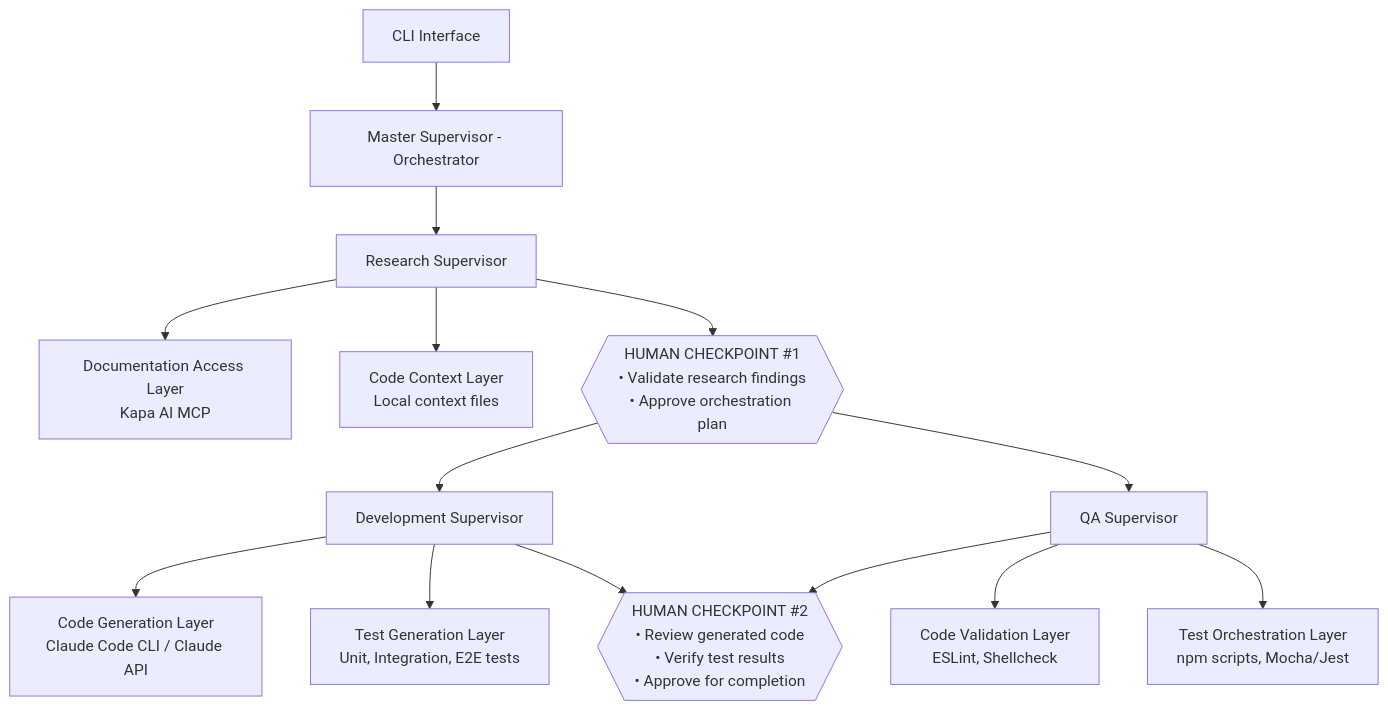
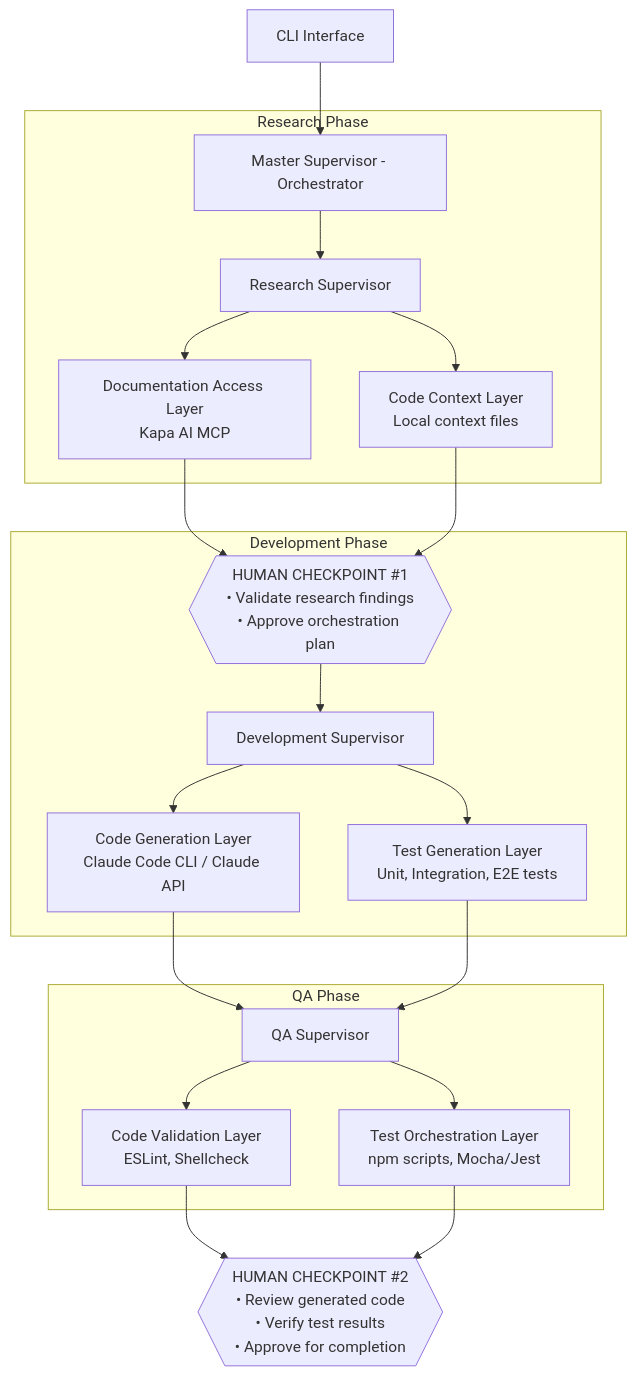
One commit to medic/cht-agent changed the diagram in design/CHT Hierarchical Multi-Agent System PoC.md. Above: the diagram before and after it, drawn with Mermaid.

Commit message:
fix architecture diagram workflow

````diff
--- a/design/CHT Hierarchical Multi-Agent System PoC.md
+++ b/design/CHT Hierarchical Multi-Agent System PoC.md
@@ -43,25 +43,30 @@
 ```mermaid
 flowchart TB
     CLI[CLI Interface]
-
     CLI --> Master[Master Supervisor - Orchestrator]
 
-    Master --> Research[Research Supervisor]
-    Research --> DocLayer[Documentation Access Layer<br/>Kapa AI MCP]
-    Research --> ContextLayer[Code Context Layer<br/>Local context files]
+    subgraph research_phase [Research Phase]
+        Master --> Research[Research Supervisor]
+        Research --> DocLayer[Documentation Access Layer<br/>Kapa AI MCP]
+        Research --> ContextLayer[Code Context Layer<br/>Local context files]
+    end
 
-    Research --> HC1{{"HUMAN CHECKPOINT #1<br/>• Validate research findings<br/>• Approve orchestration plan"}}
+    DocLayer --> HC1{{"HUMAN CHECKPOINT #1<br/>• Validate research findings<br/>• Approve orchestration plan"}}
+    ContextLayer --> HC1
 
-    HC1 --> Dev[Development Supervisor]
-    Dev --> CodeGen[Code Generation Layer<br/>Claude Code CLI / Claude API]
-    Dev --> TestEnv[Test Generation Layer<br/>Unit, Integration, E2E tests]
+    subgraph dev_phase [Development Phase]
+        HC1 --> Dev[Development Supervisor]
+        Dev --> CodeGen[Code Generation Layer<br/>Claude Code CLI / Claude API]
+        Dev --> TestGen[Test Generation Layer<br/>Unit, Integration, E2E tests]
+    end
 
-    HC1 --> QA[QA Supervisor]
-    QA --> Validation[Code Validation Layer<br/>ESLint, Shellcheck]
-    QA --> TestOrch[Test Orchestration Layer<br/>npm scripts, Mocha/Jest]
+    subgraph qa_phase [QA Phase]
+        CodeGen --> QA[QA Supervisor]
+        TestGen --> QA
+        QA --> Validation[Code Validation Layer<br/>ESLint, Shellcheck]
+        QA --> TestOrch[Test Orchestration Layer<br/>npm scripts, Mocha/Jest]
+    end
 
-    Dev --> HC2
-    QA --> HC2
-
-    HC2{{"HUMAN CHECKPOINT #2<br/>• Review generated code<br/>• Verify test results<br/>• Approve for completion"}}
+    Validation --> HC2{{"HUMAN CHECKPOINT #2<br/>• Review generated code<br/>• Verify test results<br/>• Approve for completion"}}
+    TestOrch --> HC2
 ```
````
